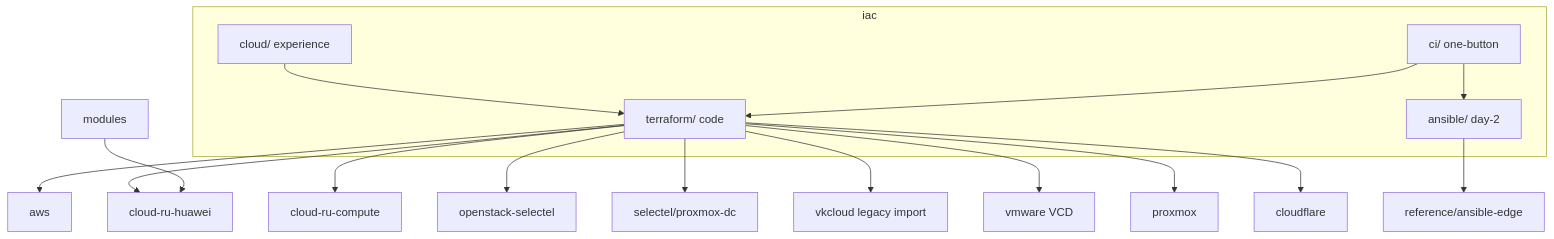
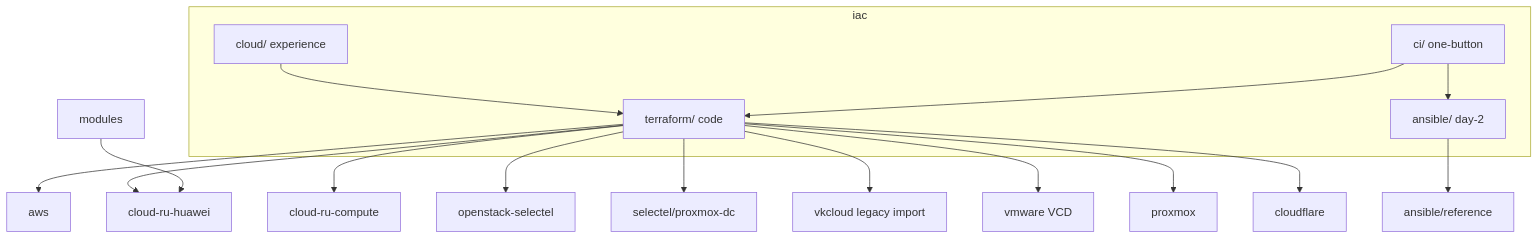
One commit to NarberallGamma/narberall-platform-engineer-lab changed the second of 4 diagrams in README.md. Above: the diagram before and after it, drawn with Mermaid. The commit also changed other lines of this file and 399 other files, not shown here.

````diff
--- a/README.md
+++ b/README.md
@@ -286,23 +290,23 @@
 ```mermaid
 flowchart TB
   subgraph iac [iac]
     Cloud[cloud/ experience]
     TF[terraform/ code]
     ANS[ansible/ day-2]
     CI[ci/ one-button]
   end
   Cloud --> TF
-  ANS --> RefA[reference/ansible-edge]
+  ANS --> RefA[ansible/reference]
   CI --> TF
   CI --> ANS
   TF --> AWS[aws]
   TF --> CR[cloud-ru-huawei]
   TF --> CRC[cloud-ru-compute]
   TF --> OS[openstack-selectel]
   TF --> SEL[selectel/proxmox-dc]
   TF --> VK[vkcloud legacy import]
   TF --> VMw[vmware VCD]
   TF --> PX[proxmox]
   TF --> CF[cloudflare]
   Mods[modules] --> CR
 ```
````
